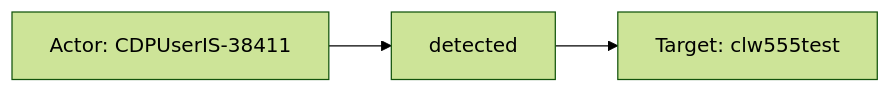
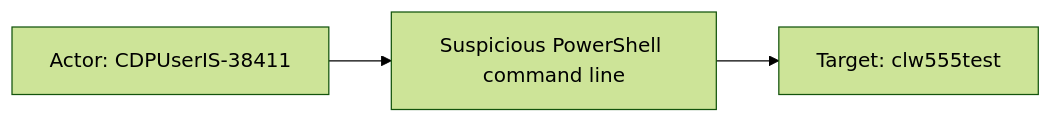
One commit to elastic/integrations changed the third of 3 diagrams in dev/domain/p1/m365_defender.md. Above: the diagram before and after it, drawn with Mermaid (forest theme). The commit also changed other lines of this file and 5 other files, not shown here.

````diff
--- a/dev/domain/p1/m365_defender.md
+++ b/dev/domain/p1/m365_defender.md
@@ -351,5 +351,5 @@
 ```mermaid
 flowchart LR
-  A["Actor: CDPUserIS-38411"] --> E["detected"]
+  A["Actor: CDPUserIS-38411"] --> E["Suspicious PowerShell command line"]
   E --> T["Target: clw555test"]
 ```
````
